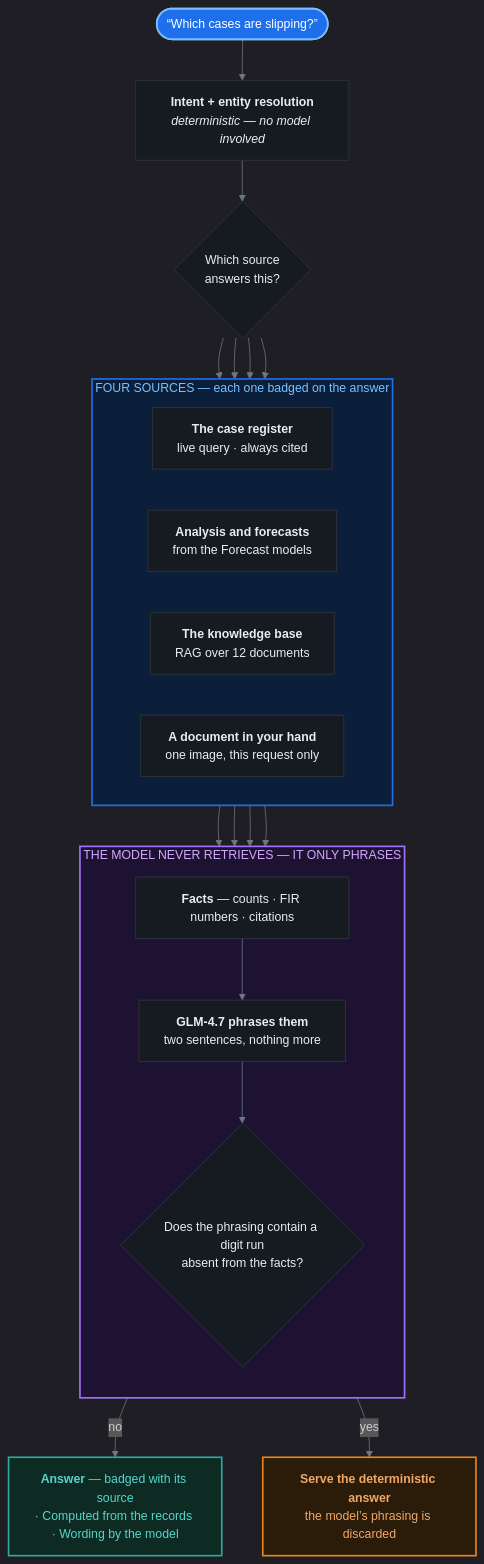
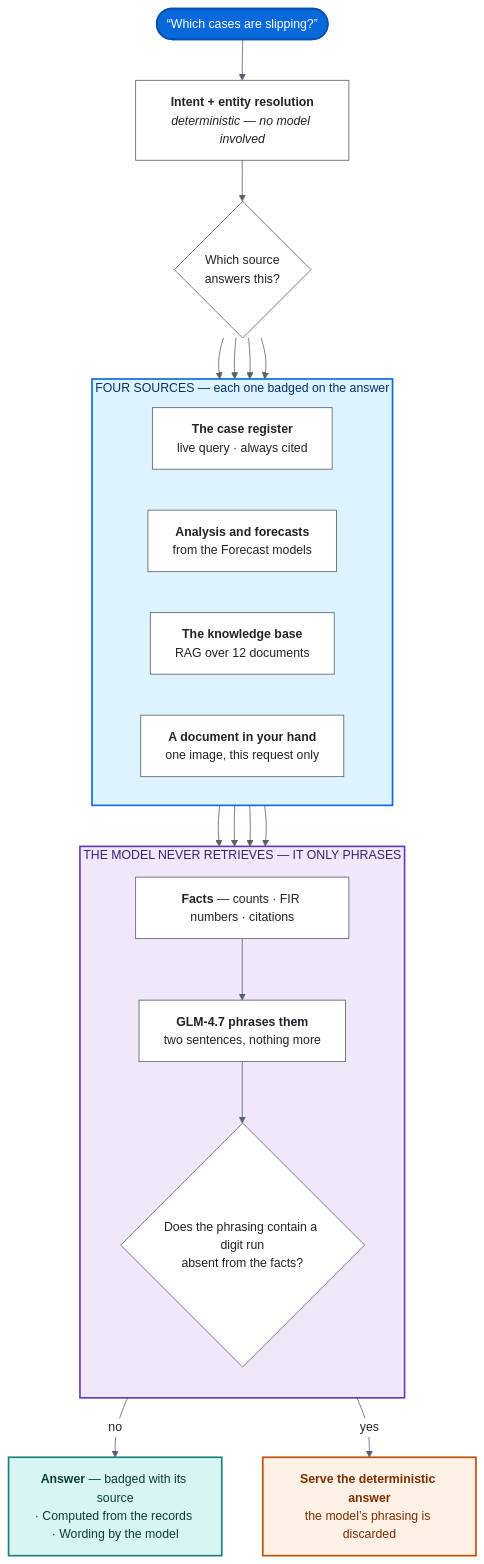
Before and after one commit to adarshcod30/Kadi: the second of 6 diagrams in README.md, drawn with Mermaid. The commit also changed other lines of this file and 1 other file, not shown here.

First line of the commit message:
Make the diagrams read on a light page as well as a dark one

````diff
--- a/README.md
+++ b/README.md
@@ -318,44 +318,44 @@
 ```mermaid
-%%{init: {'theme':'dark','themeVariables':{'fontSize':'15px','lineColor':'#6e7681','primaryTextColor':'#e6edf3'}}}%%
+%%{init: {'theme':'base','themeVariables':{'fontSize':'15px','lineColor':'#57606a','primaryTextColor':'#1f2328','edgeLabelBackground':'#ffffff'}}}%%
 flowchart TD
     Q(["“Which cases are slipping?”"])
     I["<b>Intent + entity resolution</b><br/><i>deterministic — no model involved</i>"]
     R{"Which source<br/>answers this?"}
 
     subgraph SRC["FOUR SOURCES — each one badged on the answer"]
         direction LR
         A["<b>The case register</b><br/>live query · always cited"]
         B["<b>Analysis and forecasts</b><br/>from the Forecast models"]
         C["<b>The knowledge base</b><br/>RAG over 12 documents"]
         D["<b>A document in your hand</b><br/>one image, this request only"]
     end
 
     subgraph GUARD["THE MODEL NEVER RETRIEVES — IT ONLY PHRASES"]
         direction TB
         F["<b>Facts</b> — counts · FIR numbers · citations"]
         P["<b>GLM-4.7 phrases them</b><br/>two sentences, nothing more"]
         G{"Does the phrasing contain a digit run<br/>absent from the facts?"}
         F --> P --> G
     end
 
     OUT["<b>Answer</b> — badged with its source<br/>· Computed from the records · Wording by the model"]
     FALL["<b>Serve the deterministic answer</b><br/>the model’s phrasing is discarded"]
 
     Q --> I --> R
     R --> A & B & C & D
     A & B & C & D --> F
     G -->|no| OUT
     G -->|yes| FALL
 
-    classDef box   fill:#161b22,stroke:#30363d,stroke-width:1px,color:#e6edf3
-    classDef good  fill:#0d2b22,stroke:#2FA8A0,stroke-width:2px,color:#56d4cc
-    classDef warn  fill:#2b1b09,stroke:#E8871E,stroke-width:2px,color:#f0a868
-    classDef actor fill:#1f6feb,stroke:#79c0ff,stroke-width:2px,color:#ffffff
+    classDef box   fill:#ffffff,stroke:#57606a,stroke-width:1px,color:#1f2328
+    classDef good  fill:#d7f5f2,stroke:#1a7f78,stroke-width:2px,color:#0d3d3a
+    classDef warn  fill:#fff1e5,stroke:#bc4c00,stroke-width:2px,color:#7a2e00
+    classDef actor fill:#0969da,stroke:#0550ae,stroke-width:2px,color:#ffffff
     class I,R,A,B,C,D,F,P,G box
     class OUT good
     class FALL warn
     class Q actor
 
-    style SRC   fill:#0b1f3a,stroke:#1f6feb,stroke-width:2px,color:#79c0ff
-    style GUARD fill:#1e1233,stroke:#a371f7,stroke-width:2px,color:#d2a8ff
+    style SRC   fill:#ddf4ff,stroke:#0969da,stroke-width:2px,color:#0a3069
+    style GUARD fill:#f0e7fb,stroke:#6639ba,stroke-width:2px,color:#3b1e70
 ```
````
